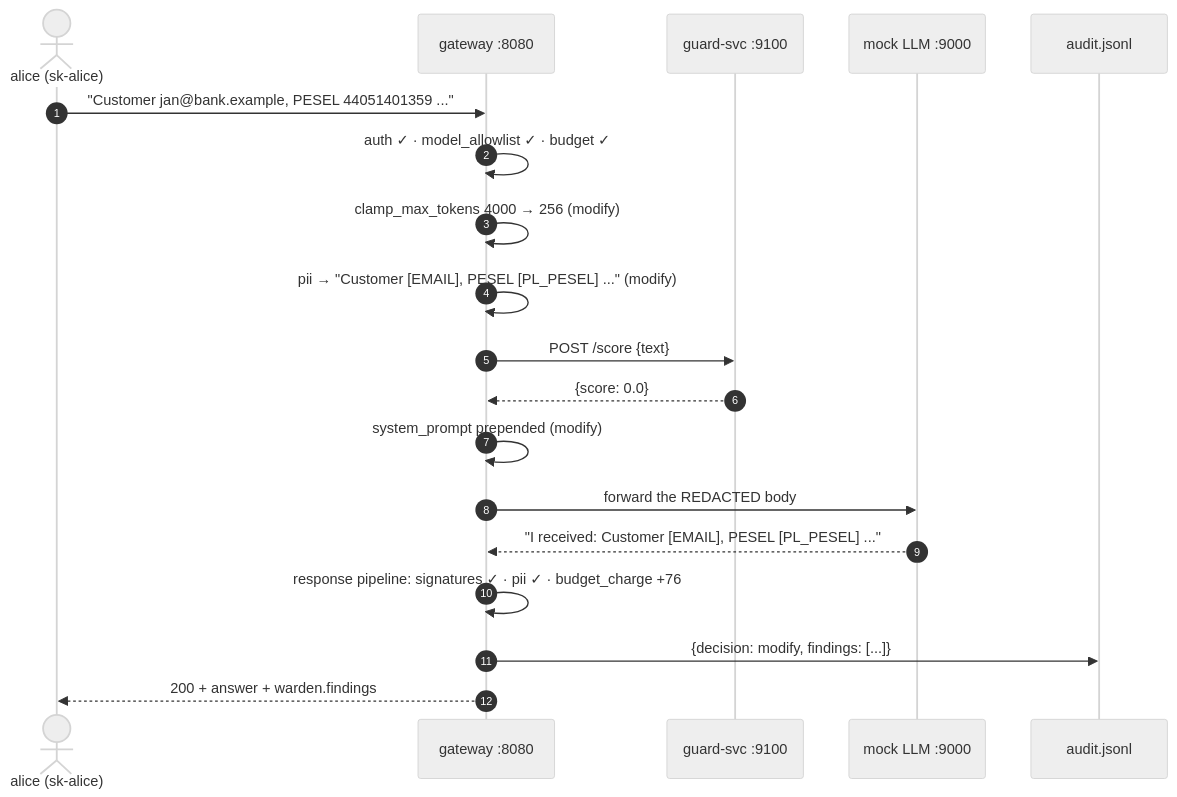
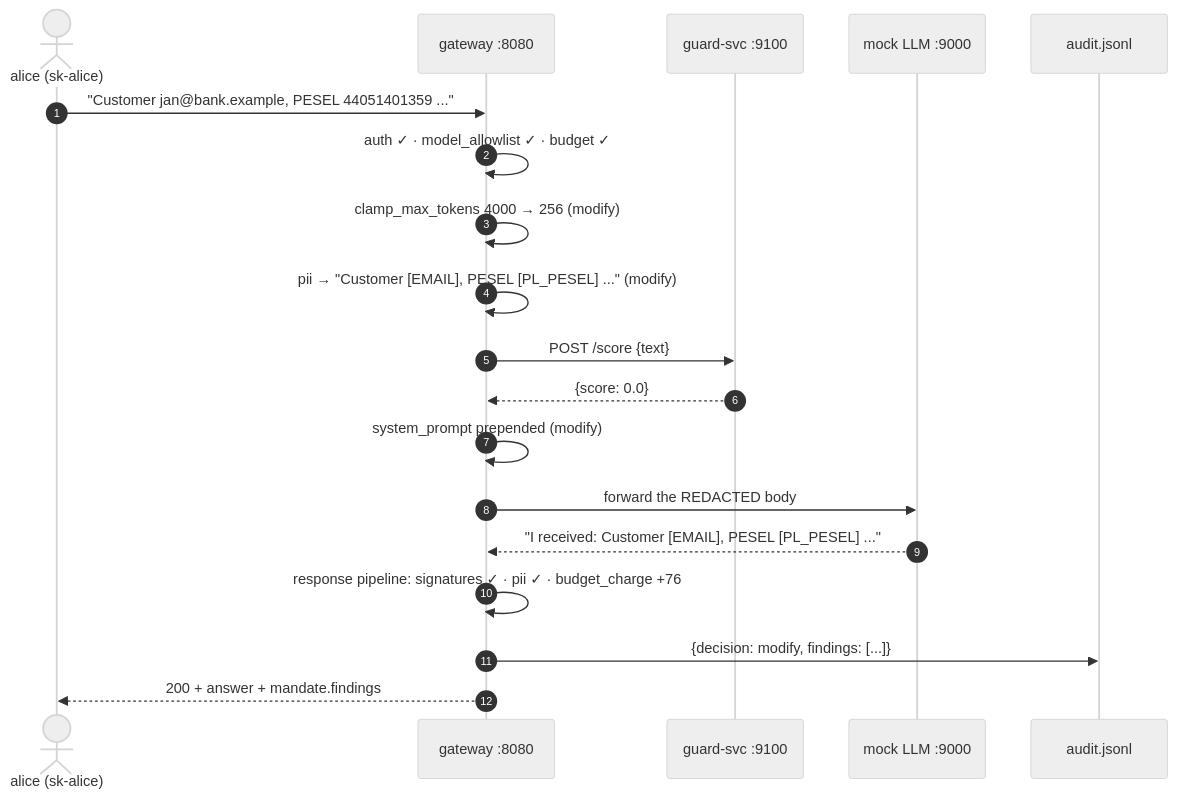
Before and after one commit to damianlech/HackYeah26: the third of 6 diagrams in poc/WALKTHROUGH.md, drawn with Mermaid (neutral theme). The commit also changed other lines of this file and 5 other files, not shown here.

````diff
--- a/poc/WALKTHROUGH.md
+++ b/poc/WALKTHROUGH.md
@@ -125,22 +125,22 @@
 ```mermaid
 sequenceDiagram
   autonumber
   actor A as alice (sk-alice)
   participant GW as gateway :8080
   participant G as guard-svc :9100
   participant M as mock LLM :9000
   participant L as audit.jsonl
 
   A->>GW: "Customer jan@bank.example, PESEL 44051401359 ..."
   GW->>GW: auth ✓ · model_allowlist ✓ · budget ✓
   GW->>GW: clamp_max_tokens 4000 → 256 (modify)
   GW->>GW: pii → "Customer [EMAIL], PESEL [PL_PESEL] ..." (modify)
   GW->>G: POST /score {text}
   G-->>GW: {score: 0.0}
   GW->>GW: system_prompt prepended (modify)
   GW->>M: forward the REDACTED body
   M-->>GW: "I received: Customer [EMAIL], PESEL [PL_PESEL] ..."
   GW->>GW: response pipeline: signatures ✓ · pii ✓ · budget_charge +76
   GW->>L: {decision: modify, findings: [...]}
-  GW-->>A: 200 + answer + warden.findings
+  GW-->>A: 200 + answer + mandate.findings
 ```
````
